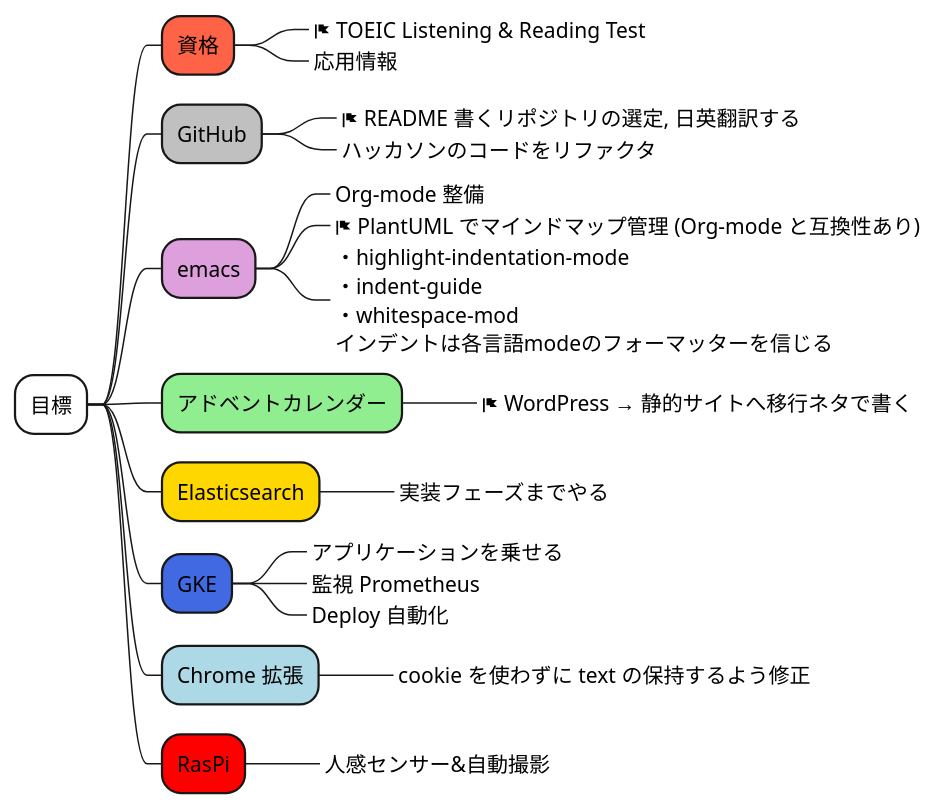
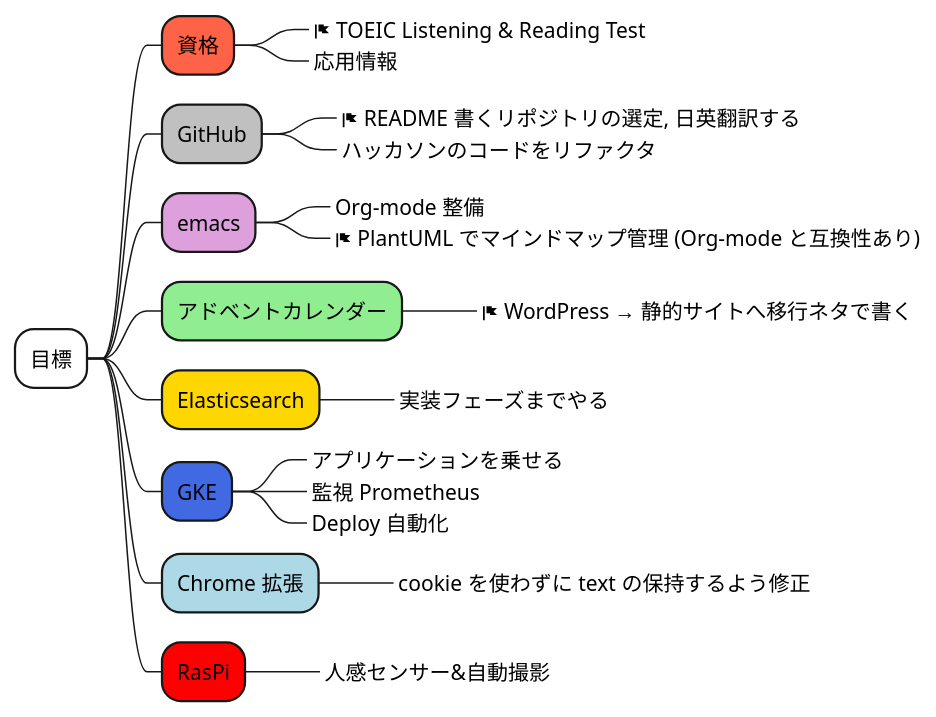
The diagram in test.puml (Ishizuka427/MindMap), drawn with PlantUML before and after one commit.

```diff
--- a/test.puml
+++ b/test.puml
@@ -1,25 +1,24 @@
 @startmindmap
 *[#white] 目標
 **[#tomato] 資格
 ***_ <&flag> TOEIC Listening & Reading Test
 ***_ 応用情報
 **[#silver] GitHub
 ***_ <&flag> README 書くリポジトリの選定, 日英翻訳する
 ***_ ハッカソンのコードをリファクタ
 **[#plum] emacs
 ***_ Org-mode 整備
 ***_ <&flag> PlantUML でマインドマップ管理 (Org-mode と互換性あり)
-***_ ・highlight-indentation-mode \n・indent-guide \n・whitespace-mod \nインデントは各言語modeのフォーマッターを信じる
 **[#lightgreen] アドベントカレンダー
 ***_ <&flag> WordPress → 静的サイトへ移行ネタで書く
 **[#gold] Elasticsearch
 ***_ 実装フェーズまでやる
 **[#royalblue] GKE
 ***_ アプリケーションを乗せる
 ***_ 監視 Prometheus
 ***_ Deploy 自動化 
 **[#lightblue] Chrome 拡張
 ***_ cookie を使わずに text の保持するよう修正
 **[#red] RasPi
 ***_ 人感センサー&自動撮影
 @endmindmap
```
